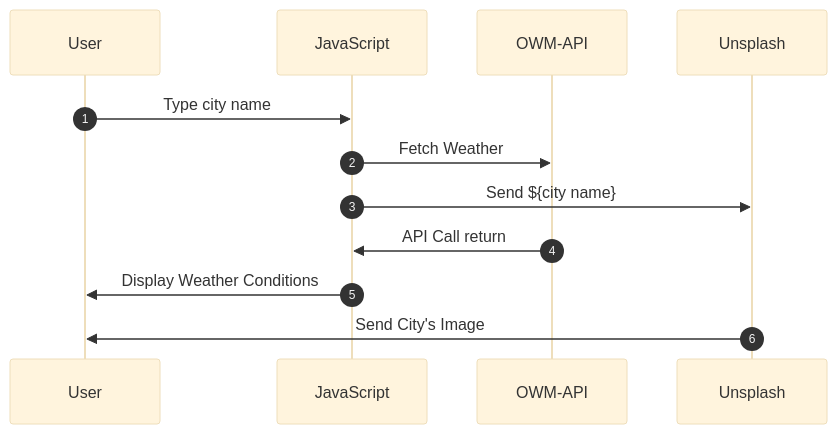
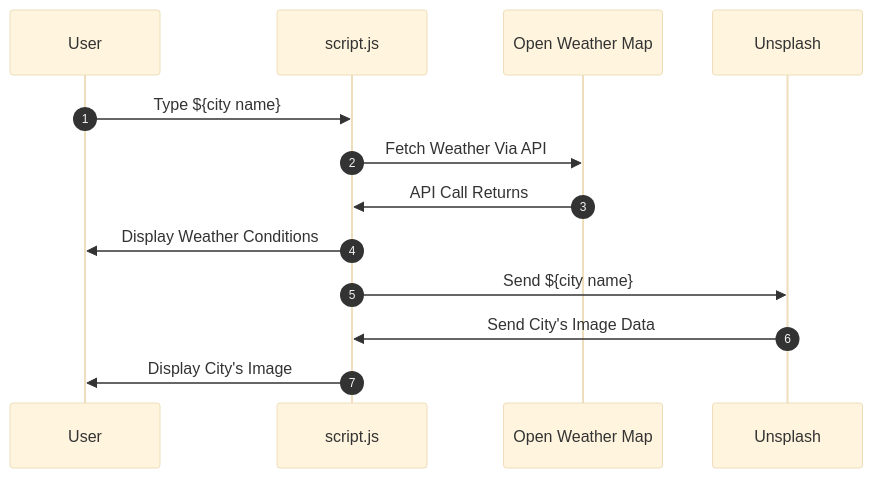
Before and after one commit to lloydlobo/weather-app: the diagram in README.md, drawn with Mermaid (base theme). The commit also changed other lines of this file, not shown here.

````diff
--- a/README.md
+++ b/README.md
@@ -41,10 +41,11 @@
 ```mermaid
 sequenceDiagram
     autonumber
-    User->>JavaScript: Type city name
-    JavaScript->>OWM-API: Fetch Weather
-    JavaScript->>Unsplash: Send ${city name}
-    OWM-API->>JavaScript: API Call return
-    JavaScript->>User: Display Weather Conditions
-    Unsplash->>User: Send City's Image
+    User->>script.js: Type ${city name}
+    script.js->>Open Weather Map: Fetch Weather Via API
+    Open Weather Map->>script.js: API Call Returns
+    script.js->>User: Display Weather Conditions
+    script.js->>Unsplash: Send ${city name}
+    Unsplash->>script.js: Send City's Image Data
+    script.js->>User: Display City's Image
 ```
````
